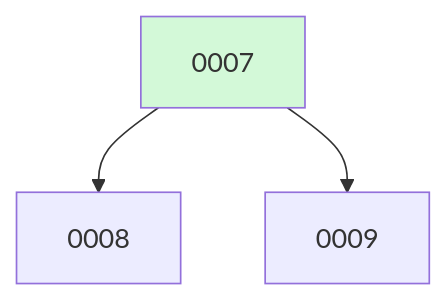
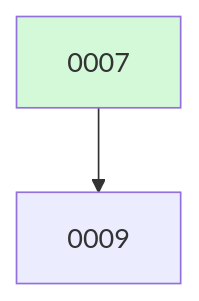
One commit to ethanhinson/fuse changed the diagram in docs/changes/BOARD.md. Above: the diagram before and after it, drawn with Mermaid. The commit also changed other lines of this file, not shown here.

````diff
--- a/docs/changes/BOARD.md
+++ b/docs/changes/BOARD.md
@@ -17,7 +11,6 @@
 ```mermaid
 graph TD
-  0007 --> 0008
   0007 --> 0009
   0007:::done
   classDef done fill:#d3f9d8;
 ```
````
